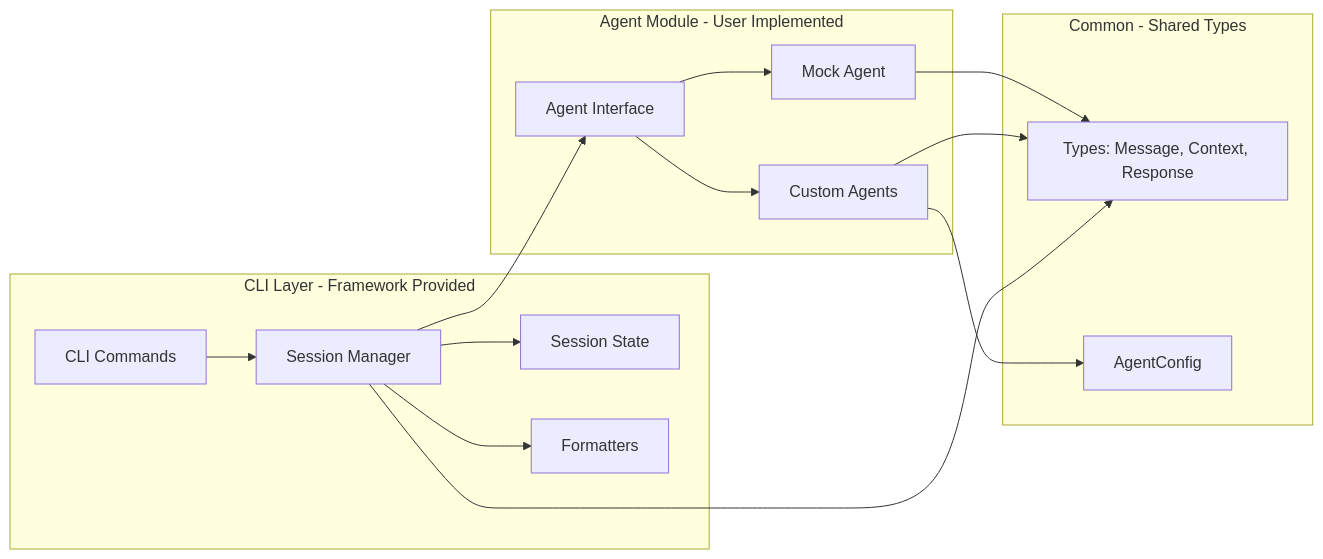
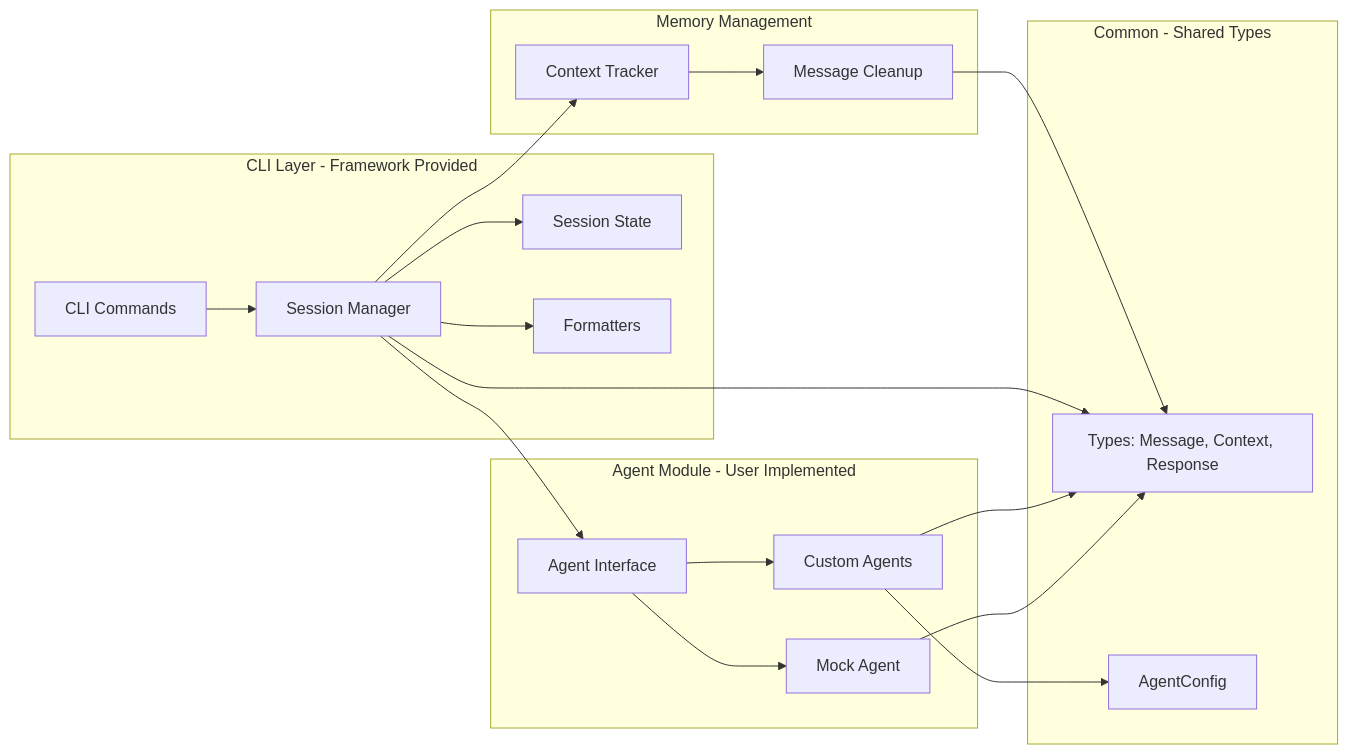
The second of 4 diagrams in docs/architecture.md (andreinakagawa/agentic-ai-basic-cli), drawn with Mermaid before and after one commit. The commit also changed other lines of this file and 1 other file, not shown here.

Commit message:
updating docs. architecture is more concise now and getting started helps claude in new sessions

````diff
--- a/docs/architecture.md
+++ b/docs/architecture.md
@@ -26,31 +30,39 @@
 ```mermaid
 graph LR
     subgraph "CLI Layer - Framework Provided"
         CLI[CLI Commands]
         SM[Session Manager]
         SESS[Session State]
         FMT[Formatters]
+    end
+
+    subgraph "Memory Management"
+        CT[Context Tracker]
+        CLEANUP[Message Cleanup]
     end
 
     subgraph "Agent Module - User Implemented"
         INT[Agent Interface]
         MOCK[Mock Agent]
         CUSTOM[Custom Agents]
     end
 
     subgraph "Common - Shared Types"
         TYPES[Types: Message, Context, Response]
         CONFIG[AgentConfig]
     end
 
     CLI --> SM
     SM --> SESS
+    SM --> CT
     SM --> INT
     SM --> FMT
+    CT --> CLEANUP
     INT --> MOCK
     INT --> CUSTOM
     MOCK --> TYPES
     CUSTOM --> TYPES
     CUSTOM --> CONFIG
     SM --> TYPES
+    CLEANUP --> TYPES
 ```
````
